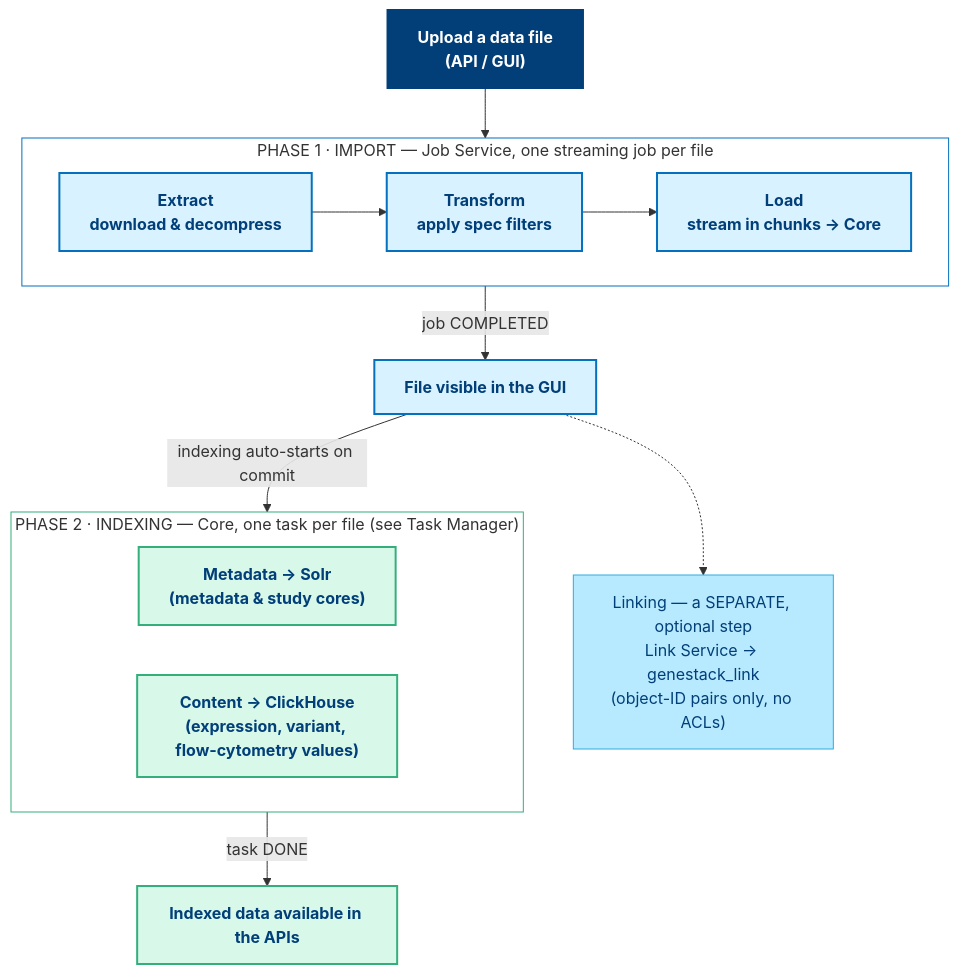
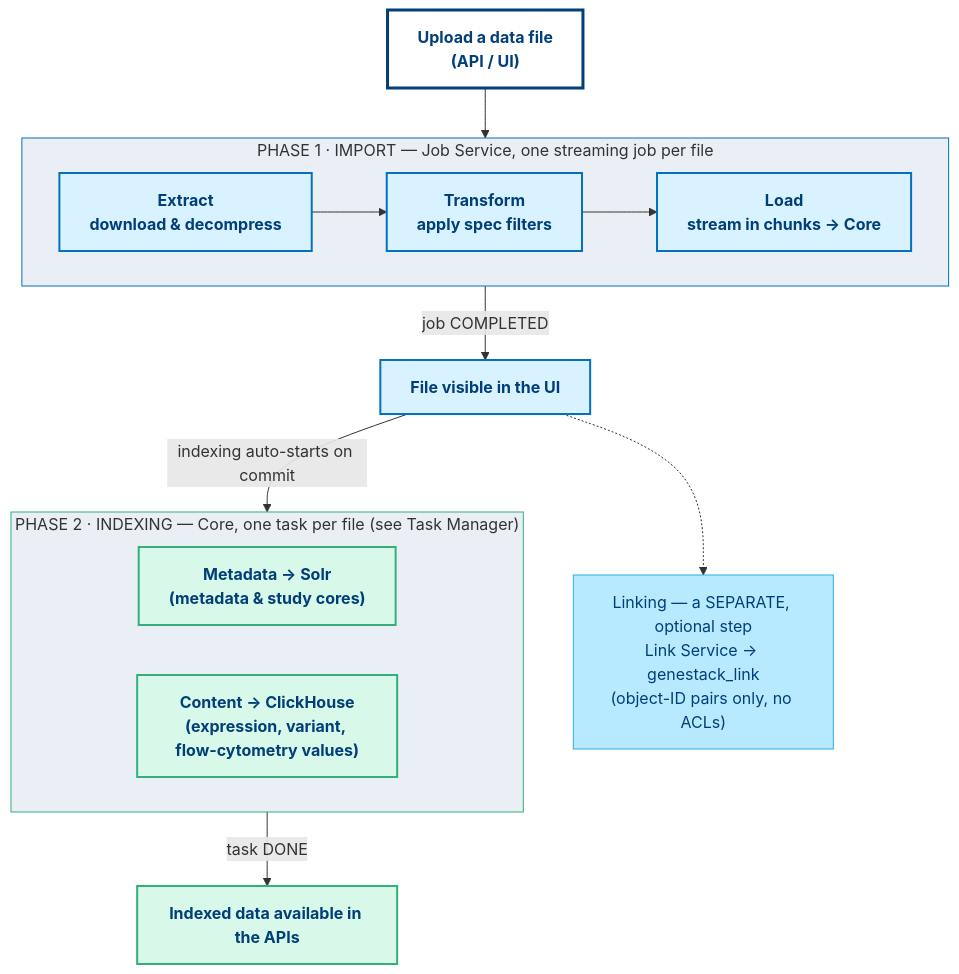
Before and after one commit to genestack/user-docs: the second of 2 diagrams in docs-rework/overview/data-model/data-upload-and-indexing-pipeline.md, drawn with Mermaid. The commit also changed other lines of this file and 157 other files, not shown here.

````diff
--- a/docs-rework/overview/data-model/data-upload-and-indexing-pipeline.md
+++ b/docs-rework/overview/data-model/data-upload-and-indexing-pipeline.md
@@ -275,42 +285,42 @@
 ```mermaid
 flowchart TD
-    Start["Upload a data file<br/>(API / GUI)"]
+    Start["Upload a data file<br/>(API / UI)"]
 
     subgraph P1["PHASE 1 · IMPORT — Job Service, one streaming job per file"]
         direction LR
         E["Extract<br/>download & decompress"]
         T["Transform<br/>apply spec filters"]
         L["Load<br/>stream in chunks → Core"]
         E --> T --> L
     end
 
-    GUI["File visible in the GUI"]
+    UI["File visible in the UI"]
     Link["Linking — a SEPARATE, optional step<br/>Link Service → genestack_link<br/>(object-ID pairs only, no ACLs)"]
 
     subgraph P2["PHASE 2 · INDEXING — Core, one task per file (see Task Manager)"]
         direction LR
         Solr["Metadata → Solr<br/>(metadata & study cores)"]
         CH["Content → ClickHouse<br/>(expression, variant, flow-cytometry values)"]
     end
 
     APIs["Indexed data available in the APIs"]
 
     Start --> E
-    L -- "job COMPLETED" --> GUI
-    GUI -.-> Link
-    GUI -- "indexing auto-starts on commit" --> Solr
+    L -- "job COMPLETED" --> UI
+    UI -.-> Link
+    UI -- "indexing auto-starts on commit" --> Solr
     CH -- "task DONE" --> APIs
 
-    classDef start  fill:#023F79,color:#ffffff,stroke:#023F79,stroke-width:2px,font-weight:bold
+    classDef start  fill:#ffffff,color:#023F79,stroke:#023F79,stroke-width:3px,font-weight:bold
     classDef import fill:#D8F3FF,color:#023F79,stroke:#0470BE,stroke-width:2px,font-weight:bold
     classDef index  fill:#D8F9EA,color:#023F79,stroke:#34AF7C,stroke-width:2px,font-weight:bold
     classDef aside  fill:#B7EAFF,color:#023F79,stroke:#2FACDF,stroke-width:1px
 
     class Start start
-    class E,T,L,GUI import
+    class E,T,L,UI import
     class Solr,CH,APIs index
     class Link aside
 
-    style P1 fill:#ffffff,stroke:#0470BE,stroke-width:1px
-    style P2 fill:#ffffff,stroke:#34AF7C,stroke-width:1px
+    style P1 fill:#eaeff5,stroke:#0470BE,stroke-width:1px
+    style P2 fill:#eaeff5,stroke:#34AF7C,stroke-width:1px
 ```
````
